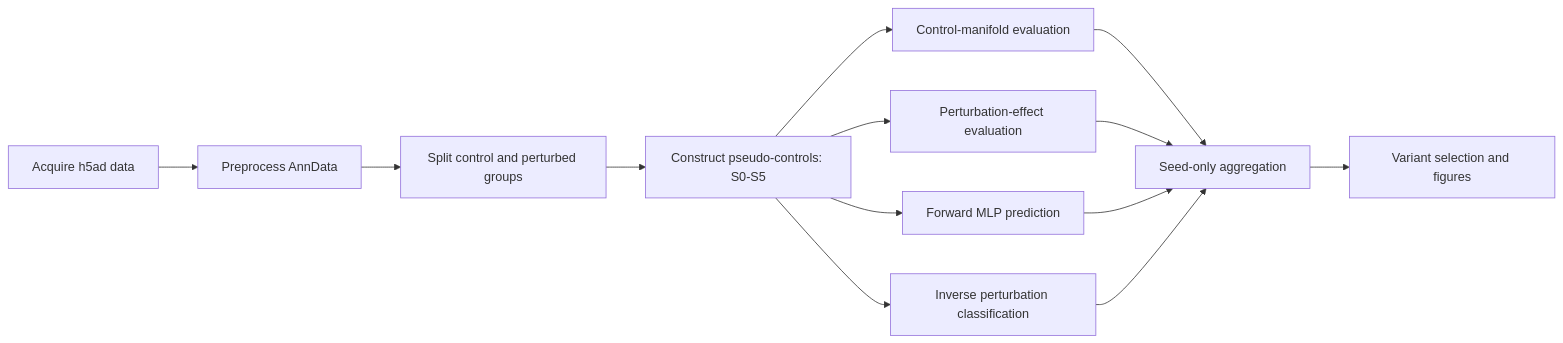
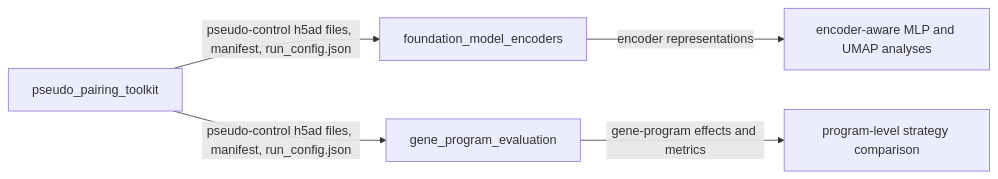
The diagram in README.md (CHENJ-VV/Pseudo-pairing-for-Perurb-Seq), drawn with Mermaid before and after one commit. The commit also changed other lines of this file, not shown here.

First line of the commit message:
Revise README for single-cell perturbation workflows

````diff
--- a/README.md
+++ b/README.md
@@ -11,15 +18,7 @@
 ```mermaid
 flowchart LR
-    A[Acquire h5ad data] --> B[Preprocess AnnData]
-    B --> C[Split control and perturbed groups]
-    C --> D[Construct pseudo-controls: S0-S5]
-    D --> E1[Control-manifold evaluation]
-    D --> E2[Perturbation-effect evaluation]
-    D --> E3[Forward MLP prediction]
-    D --> E4[Inverse perturbation classification]
-    E1 --> F[Seed-only aggregation]
-    E2 --> F
-    E3 --> F
-    E4 --> F
-    F --> G[Variant selection and figures]
+    A[pseudo_pairing_toolkit] -->|pseudo-control h5ad files, manifest, run_config.json| B[foundation_model_encoders]
+    A -->|pseudo-control h5ad files, manifest, run_config.json| C[gene_program_evaluation]
+    B -->|encoder representations| D[encoder-aware MLP and UMAP analyses]
+    C -->|gene-program effects and metrics| E[program-level strategy comparison]
 ```
````
